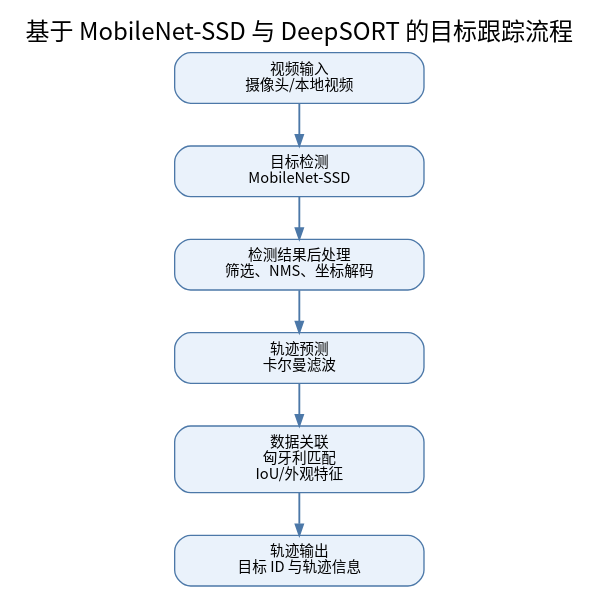
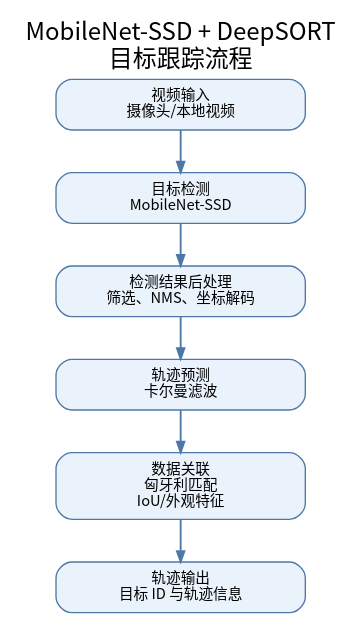
One commit to zhouxzh/Ascend310 changed the diagram in samples/case2/img2/流程图.dot. Above: the diagram before and after it, drawn with Graphviz. The commit also changed 18 other files, not shown here.

```diff
--- a/samples/case2/img2/流程图.dot
+++ b/samples/case2/img2/流程图.dot
@@ -1,40 +1,40 @@
 digraph tracking_pipeline {
 	rankdir=TB;
 	splines=polyline;
 	nodesep=0.35;
 	ranksep=0.45;
 
 	graph [
 		fontname="Noto Sans CJK SC",
 		bgcolor="white",
-		label="基于 MobileNet-SSD 与 DeepSORT 的目标跟踪流程",
+		label="MobileNet-SSD + DeepSORT\n目标跟踪流程",
 		labelloc="t",
 		fontsize=18
 	];
 
 	node [
 		shape=box,
 		style="rounded,filled",
 		fontname="Noto Sans CJK SC",
 		fontsize=11,
 		color="#4C78A8",
 		fillcolor="#EAF2FB",
 		width=2.6,
 		margin="0.14,0.10"
 	];
 
 	edge [
 		color="#4C78A8",
 		penwidth=1.4,
 		arrowsize=0.8
 	];
 
 	input [label="视频输入\n摄像头/本地视频"];
 	detect [label="目标检测\nMobileNet-SSD"];
 	postprocess [label="检测结果后处理\n筛选、NMS、坐标解码"];
 	predict [label="轨迹预测\n卡尔曼滤波"];
 	associate [label="数据关联\n匈牙利匹配\nIoU/外观特征"];
 	output [label="轨迹输出\n目标 ID 与轨迹信息"];
 
 	input -> detect -> postprocess -> predict -> associate -> output;
 }
```
